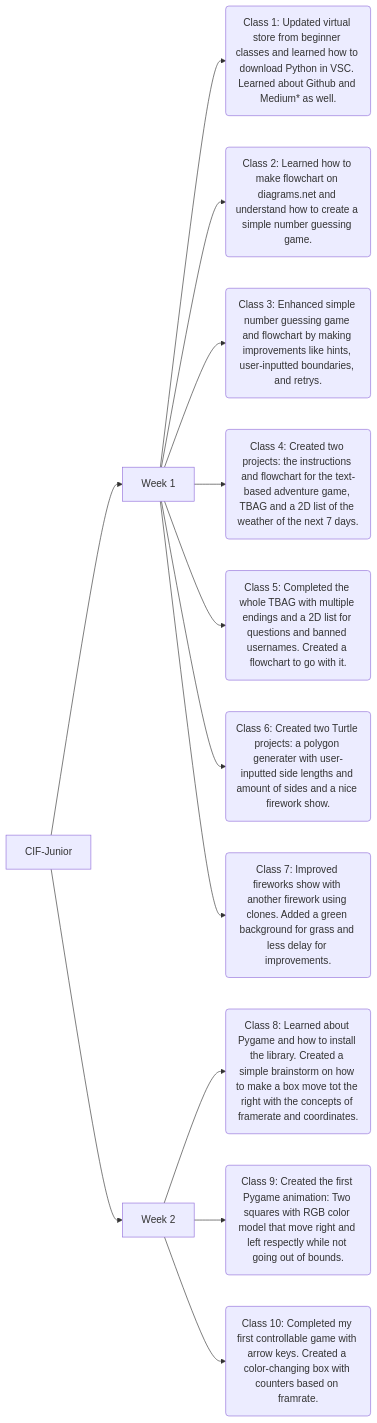
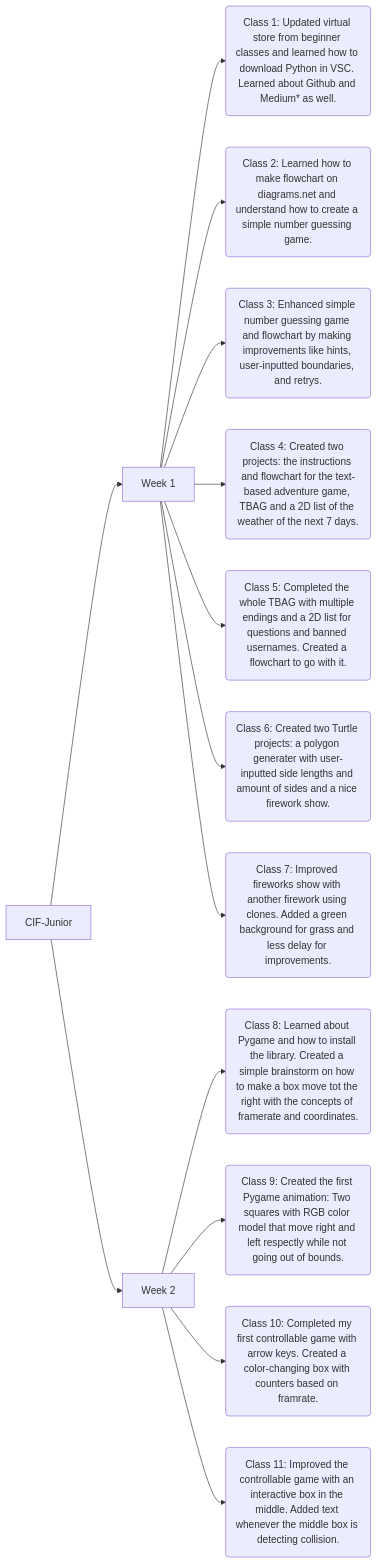
The diagram in README.md (deoclabber/CIF-Junior), drawn with Mermaid before and after one commit.

Commit message:
Add Class 11 summary to README

````diff
--- a/README.md
+++ b/README.md
@@ -10,16 +10,17 @@
 ```mermaid
 graph LR;
   A[CIF-Junior] --> B[Week 1];
   A --> C[Week 2];
   B --> F(Class 1: Updated virtual store from beginner classes and learned how to download Python in VSC. Learned about Github and Medium* as well.);
   B --> G(Class 2: Learned how to make flowchart on diagrams.net and understand how to create a simple number guessing game.);
   B --> H(Class 3: Enhanced simple number guessing game and flowchart by making improvements like hints, user-inputted boundaries, and retrys.);
   B --> I(Class 4: Created two projects: the instructions and flowchart for the text-based adventure game, TBAG and a 2D list of the weather of the next 7 days.);
   B --> J(Class 5: Completed the whole TBAG with multiple endings and a 2D list for questions and banned usernames. Created a flowchart to go with it.);
   B --> K(Class 6: Created two Turtle projects: a polygon generater with user-inputted side lengths and amount of sides and a nice firework show.);
   B --> L(Class 7: Improved fireworks show with another firework using clones. Added a green background for grass and less delay for improvements.);
 
   C --> M(Class 8: Learned about Pygame and how to install the library. Created a simple brainstorm on how to make a box move tot the right with the concepts of framerate and coordinates.);
   C --> N(Class 9: Created the first Pygame animation: Two squares with RGB color model that move right and left respectly while not going out of bounds.);
   C --> O(Class 10: Completed my first controllable game with arrow keys. Created a color-changing box with counters based on framrate.);
+  C --> Q(Class 11: Improved the controllable game with an interactive box in the middle. Added text whenever the middle box is detecting collision.)
 ```
````
